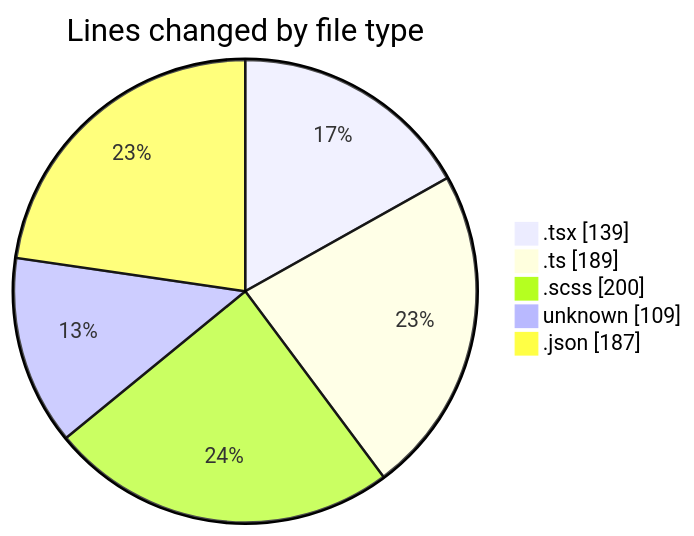
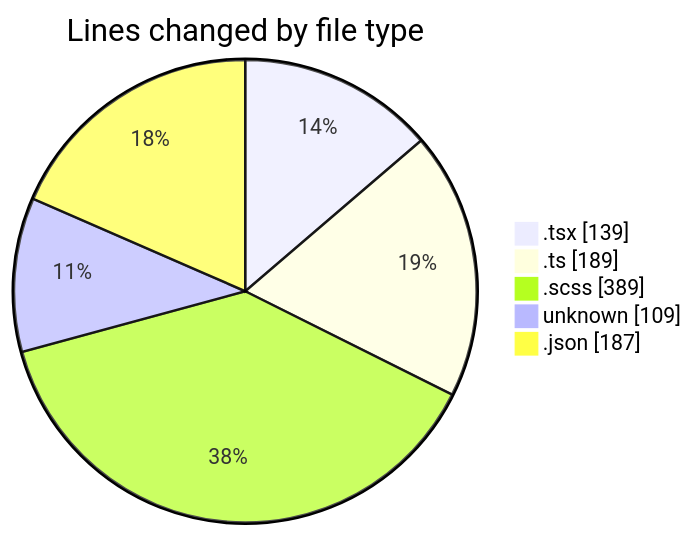
The first of 2 diagrams in 2026-04-15/cda/README.md (momahboobian/code-tracking), drawn with Mermaid before and after one commit. The commit also changed other lines of this file and 1 other file, not shown here.

````diff
--- a/2026-04-15/cda/README.md
+++ b/2026-04-15/cda/README.md
@@ -32,9 +32,9 @@
 ```mermaid
 pie showData
 title Lines changed by file type
 ".tsx" : 139
 ".ts" : 189
-".scss" : 200
+".scss" : 389
 "unknown" : 109
 ".json" : 187
 ```
````
